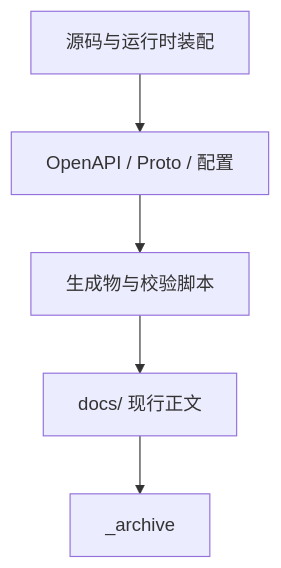
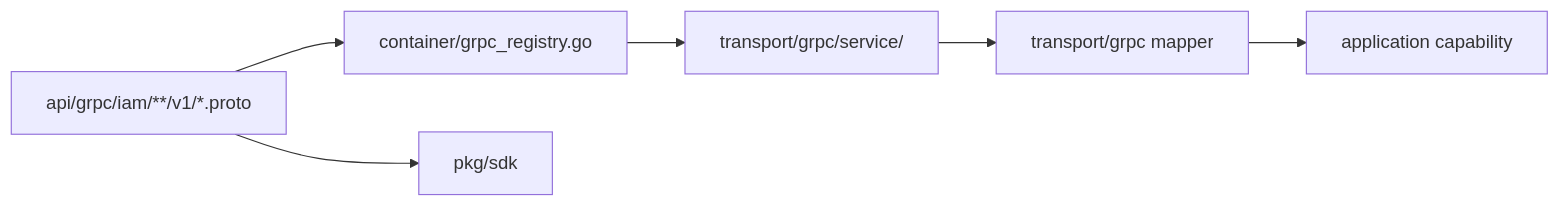
Before and after one commit to FangcunMount/iam: the third of 5 diagrams in docs/00-概览/03-阅读路径&代码组织与事实来源.md, drawn with Mermaid. The commit also changed other lines of this file and 61 other files, not shown here.

````diff
--- a/docs/00-概览/03-阅读路径&代码组织与事实来源.md
+++ b/docs/00-概览/03-阅读路径&代码组织与事实来源.md
@@ -102,10 +158,12 @@
 ```mermaid
-flowchart TB
-    Code["源码与运行时装配"]
-    Contract["OpenAPI / Proto / 配置"]
-    Generated["生成物与校验脚本"]
-    Docs["docs/ 现行正文"]
-    Archive["_archive"]
+flowchart LR
+    Proto["api/grpc/iam/**/v1/*.proto"]
+    Registry["container/grpc_registry.go"]
+    Service["transport/grpc/service/<module>"]
+    Mapper["transport/grpc mapper"]
+    App["application capability"]
+    SDK["pkg/sdk"]
 
-    Code --> Contract --> Generated --> Docs --> Archive
+    Proto --> Registry --> Service --> Mapper --> App
+    Proto --> SDK
 ```
````
